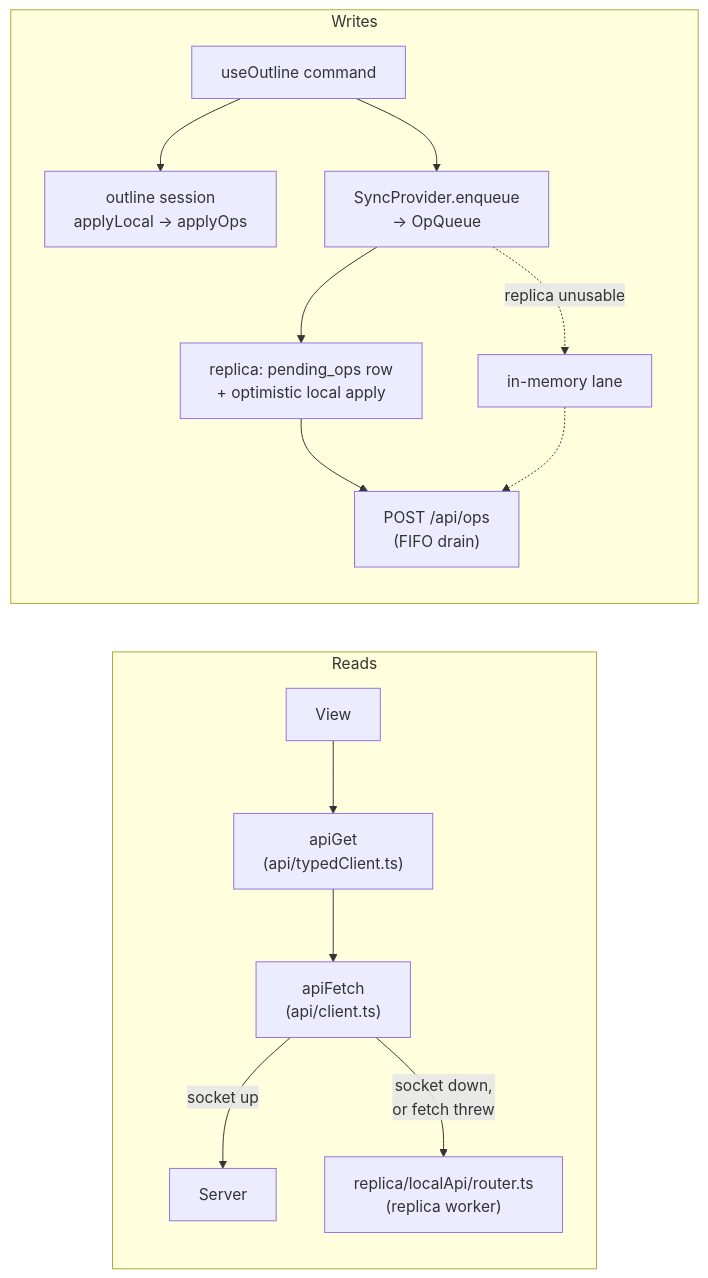
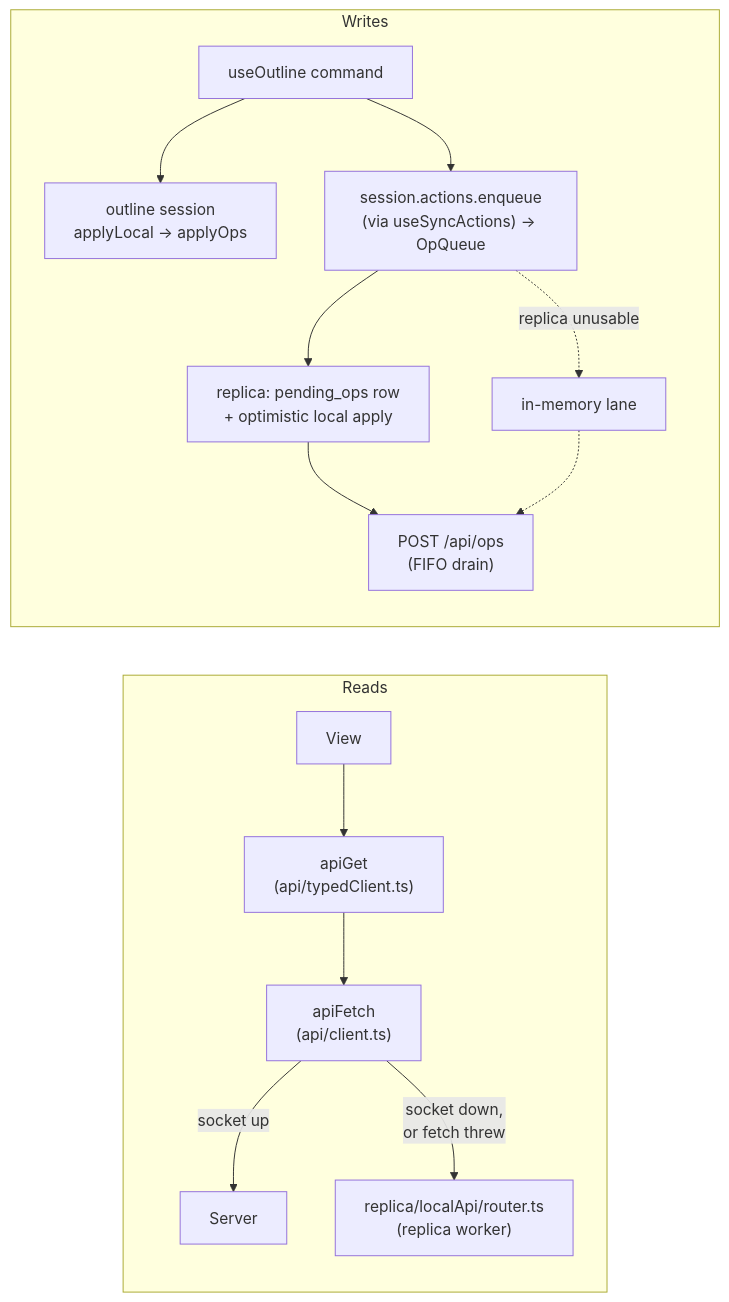
One commit to ArthurClune/pkm-system changed the first of 2 diagrams in docs/architecture/frontend.md. Above: the diagram before and after it, drawn with Mermaid. The commit also changed other lines of this file and 1 other file, not shown here.

````diff
--- a/docs/architecture/frontend.md
+++ b/docs/architecture/frontend.md
@@ -19,17 +63,17 @@
 ```mermaid
 flowchart LR
     subgraph Reads
         V["View"] --> TC["apiGet<br/>(api/typedClient.ts)"]
         TC --> AF["apiFetch<br/>(api/client.ts)"]
         AF -->|socket up| SRV["Server"]
         AF -->|"socket down,<br/>or fetch threw"| SHIM["replica/localApi/router.ts<br/>(replica worker)"]
     end
     subgraph Writes
         ED["useOutline command"] --> SES["outline session<br/>applyLocal → applyOps"]
-        ED --> ENQ["SyncProvider.enqueue<br/>→ OpQueue"]
+        ED --> ENQ["session.actions.enqueue<br/>(via useSyncActions) → OpQueue"]
         ENQ --> ROW["replica: pending_ops row<br/>+ optimistic local apply"]
         ROW --> POST["POST /api/ops<br/>(FIFO drain)"]
         ENQ -.->|replica unusable| LANE["in-memory lane"]
         LANE -.-> POST
     end
 ```
````
